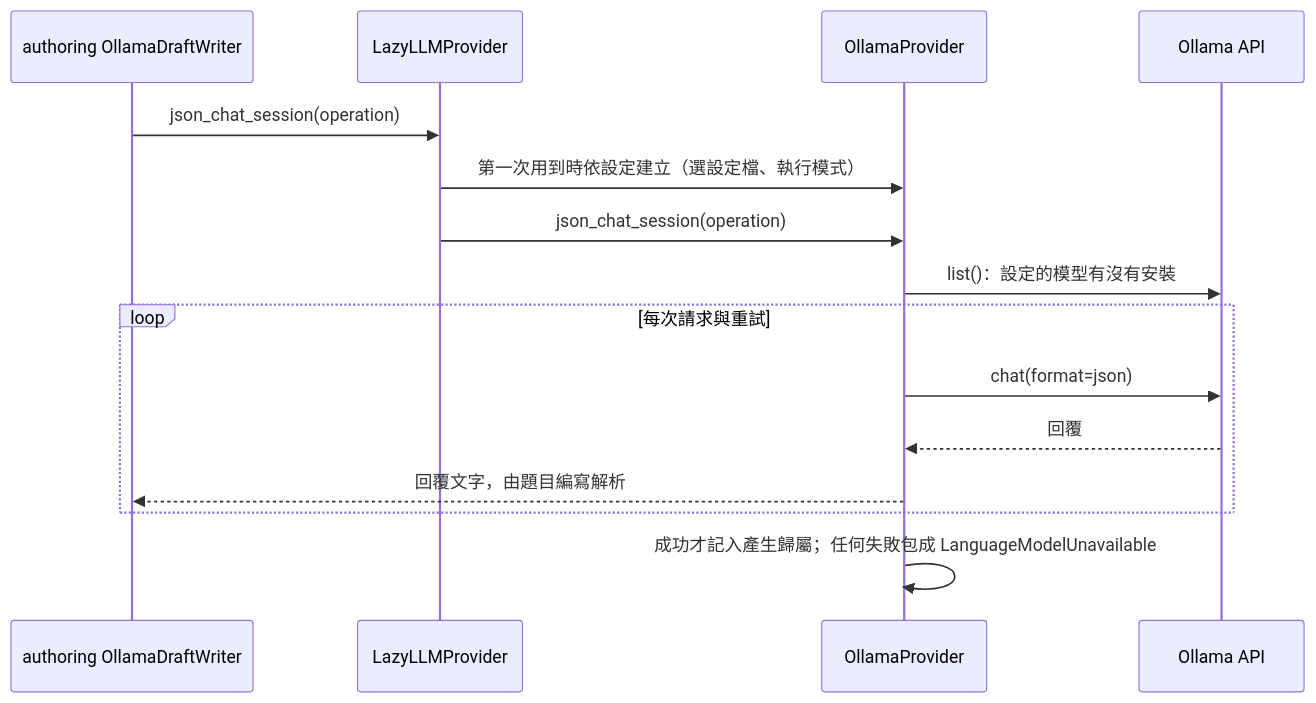
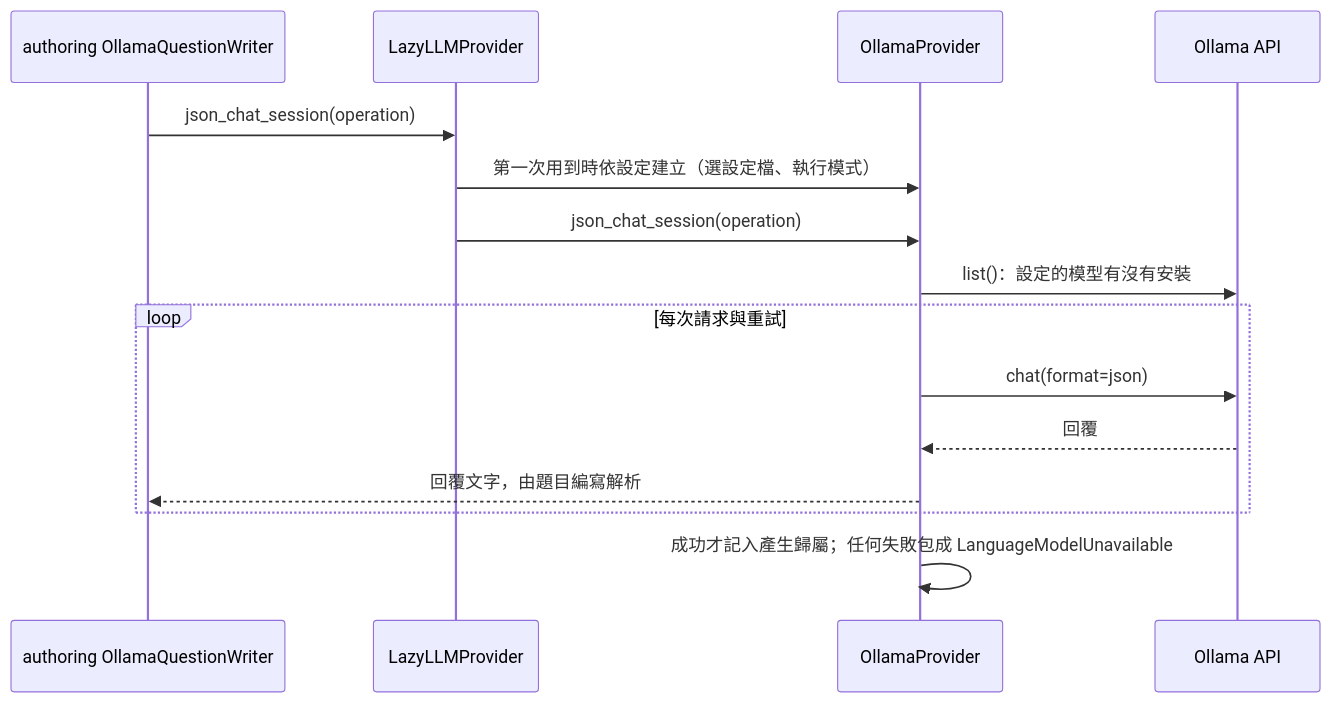
One commit to WodenWang820118/cert-prep changed the second of 2 diagrams in docs/domain/ai_providers.md. Above: the diagram before and after it, drawn with Mermaid. The commit also changed other lines of this file and 311 other files, not shown here.

````diff
--- a/docs/domain/ai_providers.md
+++ b/docs/domain/ai_providers.md
@@ -113,17 +113,17 @@
 ```mermaid
 sequenceDiagram
-  participant Writer as authoring OllamaDraftWriter
+  participant Writer as authoring OllamaQuestionWriter
   participant Lazy as LazyLLMProvider
   participant Ollama as OllamaProvider
   participant Client as Ollama API
   Writer->>Lazy: json_chat_session(operation)
   Lazy->>Ollama: 第一次用到時依設定建立（選設定檔、執行模式）
   Lazy->>Ollama: json_chat_session(operation)
   Ollama->>Client: list()：設定的模型有沒有安裝
   loop 每次請求與重試
     Ollama->>Client: chat(format=json)
     Client-->>Ollama: 回覆
     Ollama-->>Writer: 回覆文字，由題目編寫解析
   end
   Ollama->>Ollama: 成功才記入產生歸屬；任何失敗包成 LanguageModelUnavailable
 ```
````
